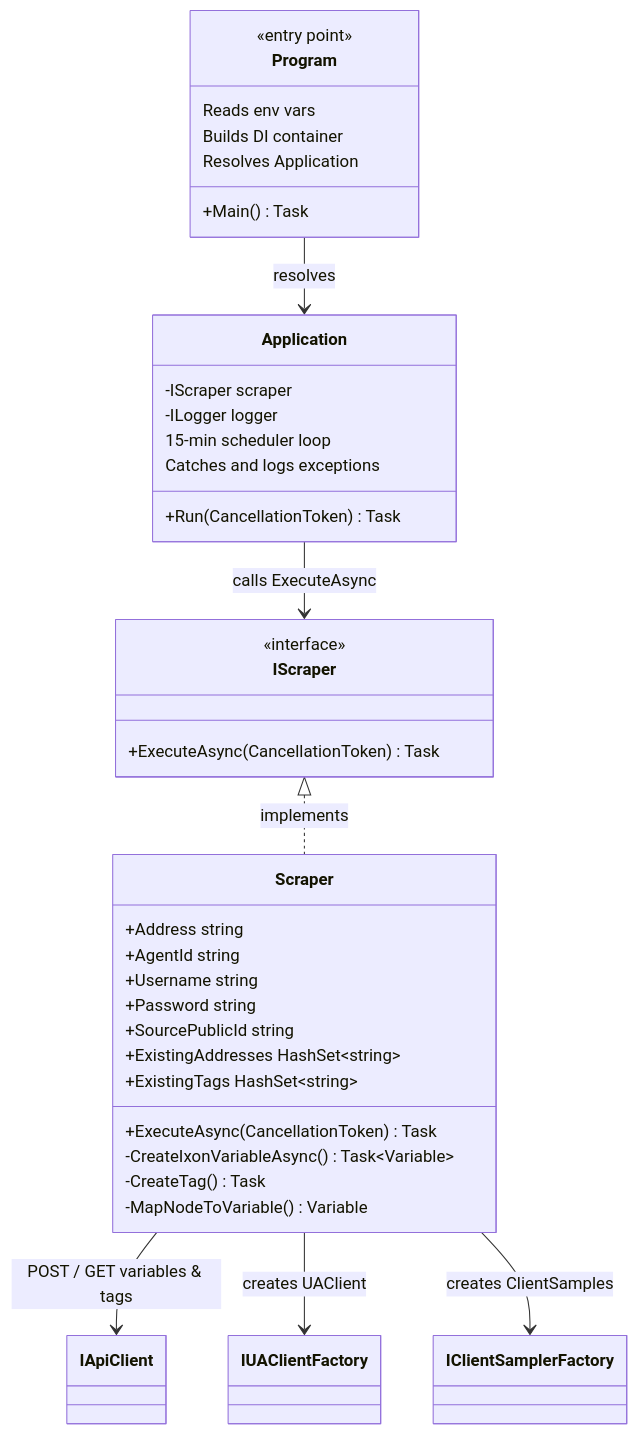
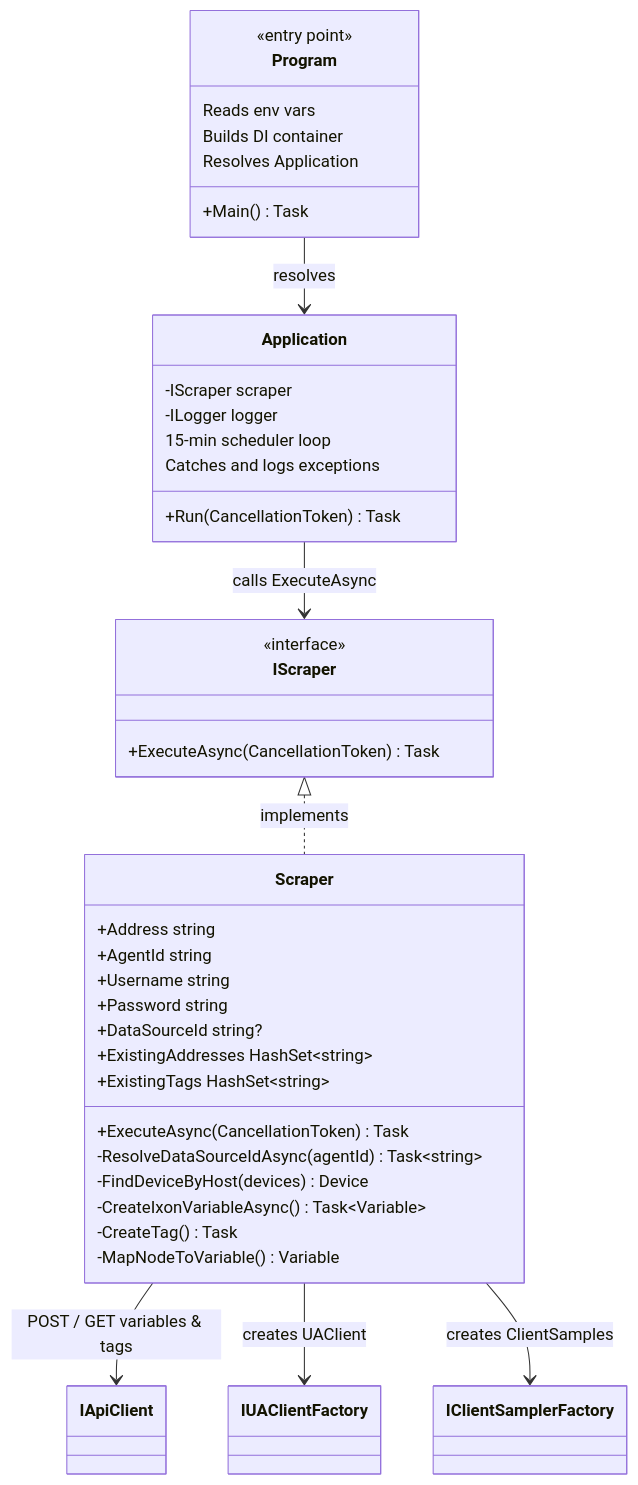
One commit to Rebel-it/rebel-ot-discover-edgeapp changed the second of 4 diagrams in docs/05_building_block_view.adoc. Above: the diagram before and after it, drawn with Mermaid. The commit also changed other lines of this file and 23 other files, not shown here.

Commit message:
Feature/#15 opcua data source (#28)

```diff
--- a/docs/05_building_block_view.adoc
+++ b/docs/05_building_block_view.adoc
@@ -53,45 +53,47 @@
 [mermaid]
 ....
 classDiagram
     class Program {
         <<entry point>>
         +Main() Task
         Reads env vars
         Builds DI container
         Resolves Application
     }
 
     class Application {
         -IScraper scraper
         -ILogger logger
         +Run(CancellationToken) Task
         15-min scheduler loop
         Catches and logs exceptions
     }
 
     class IScraper {
         <<interface>>
         +ExecuteAsync(CancellationToken) Task
     }
 
     class Scraper {
         +Address string
         +AgentId string
         +Username string
         +Password string
-        +SourcePublicId string
+        +DataSourceId string?
         +ExistingAddresses HashSet~string~
         +ExistingTags HashSet~string~
         +ExecuteAsync(CancellationToken) Task
+        -ResolveDataSourceIdAsync(agentId) Task~string~
+        -FindDeviceByHost(devices) Device
         -CreateIxonVariableAsync() Task~Variable~
         -CreateTag() Task
         -MapNodeToVariable() Variable
     }
 
     Program --> Application : resolves
     Application --> IScraper : calls ExecuteAsync
     IScraper <|.. Scraper : implements
     Scraper --> IApiClient : POST / GET variables & tags
     Scraper --> IUAClientFactory : creates UAClient
     Scraper --> IClientSamplerFactory : creates ClientSamples
 ....
```
